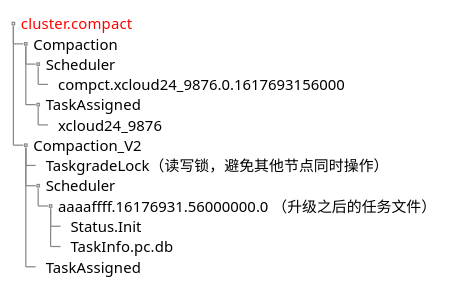
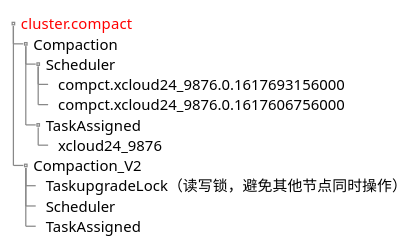
One commit to HarpsealCC/note changed the seventh of 10 diagrams in 东方国信工作资料/compaction/Compaction任务升级方案.md. Above: the diagram before and after it, drawn with PlantUML. The commit also changed other lines of this file and 1 other file, not shown here.

````diff
--- a/东方国信工作资料/compaction/Compaction任务升级方案.md
+++ b/东方国信工作资料/compaction/Compaction任务升级方案.md
@@ -124,21 +174,19 @@
 ```plantuml
 @startsalt
 {
 {T
  + <color:red>cluster.compact
  ++ Compaction
  +++ Scheduler
  ++++ compct.xcloud24_9876.0.1617693156000 
+ ++++ compct.xcloud24_9876.0.1617606756000
  +++ TaskAssigned
  ++++ xcloud24_9876
  ++ Compaction_V2
- +++ TaskgradeLock（读写锁，避免其他节点同时操作）
+ +++ TaskupgradeLock（读写锁，避免其他节点同时操作）
  +++ Scheduler
- ++++ aaaaffff.16176931.56000000.0 （升级之后的任务文件）
- +++++ Status.Init
- +++++ TaskInfo.pc.db
  +++ TaskAssigned
 }
 }
 @endsalt
 ```
````
